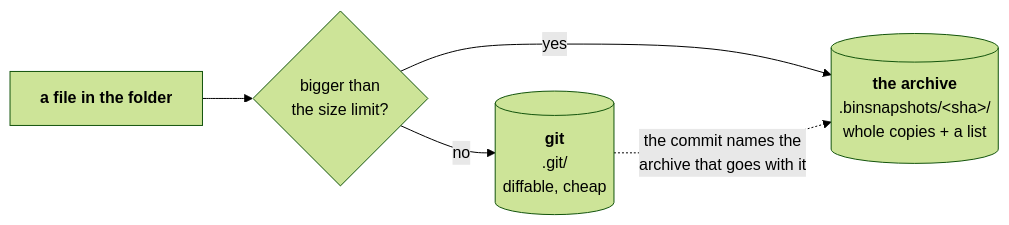
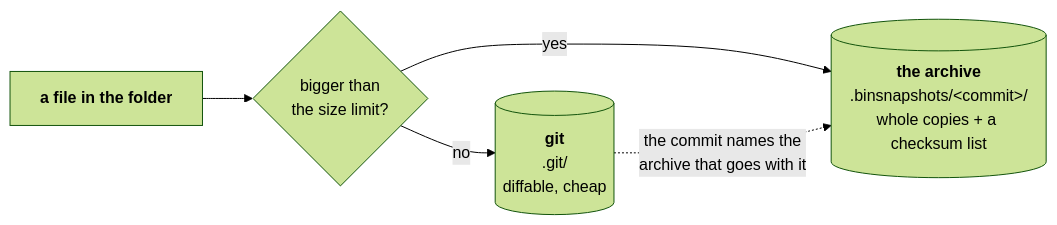
Before and after one commit to Qing-LAB/molbuilder: the first of 3 diagrams in docs/execution/checkpointing.md, drawn with Mermaid (forest theme). The commit also changed other lines of this file, not shown here.

````diff
--- a/docs/execution/checkpointing.md
+++ b/docs/execution/checkpointing.md
@@ -59,7 +82,7 @@
 ```mermaid
 flowchart LR
     F["<b>a file in the folder</b>"] --> Q{"bigger than<br/>the size limit?"}
     Q -->|"no"| G[("<b>git</b><br/>.git/<br/>diffable, cheap")]
-    Q -->|"yes"| A[("<b>the archive</b><br/>.binsnapshots/&lt;sha&gt;/<br/>whole copies + a list")]
+    Q -->|"yes"| A[("<b>the archive</b><br/>.binsnapshots/&lt;commit&gt;/<br/>whole copies + a checksum list")]
     G -.->|"the commit names the<br/>archive that goes with it"| A
 ```
````
